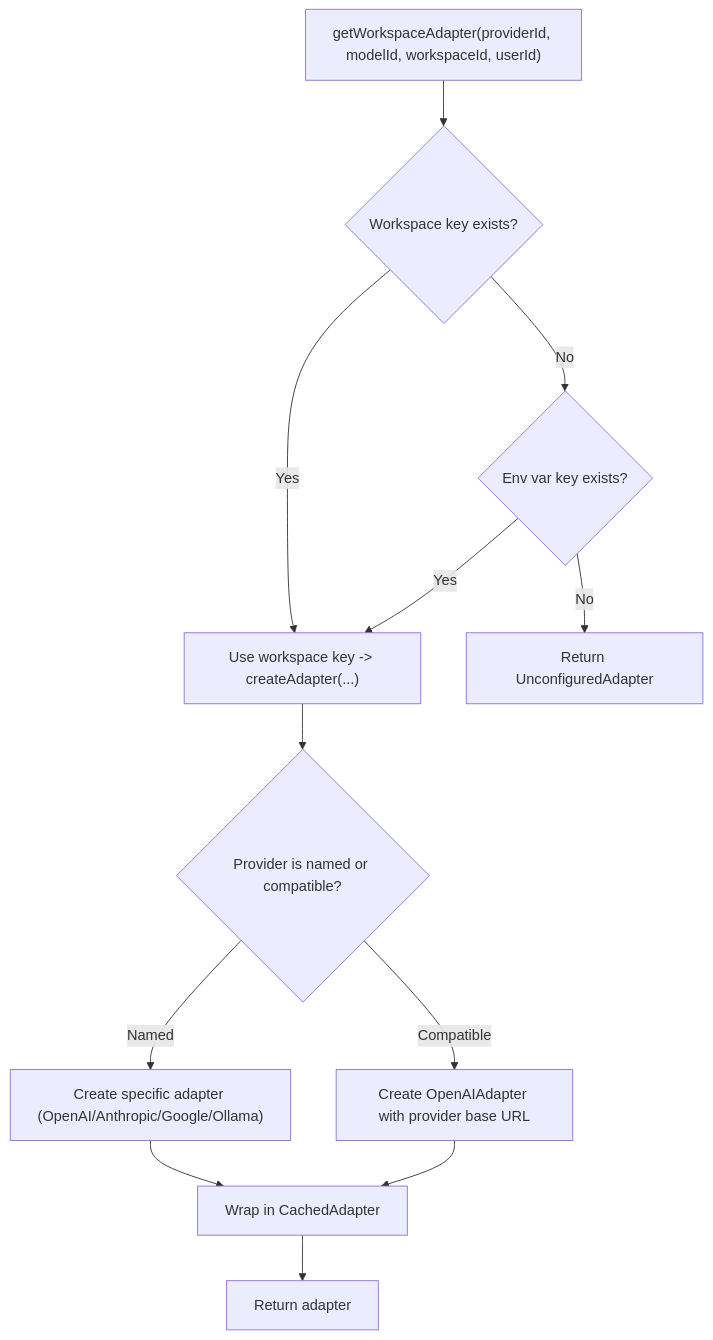
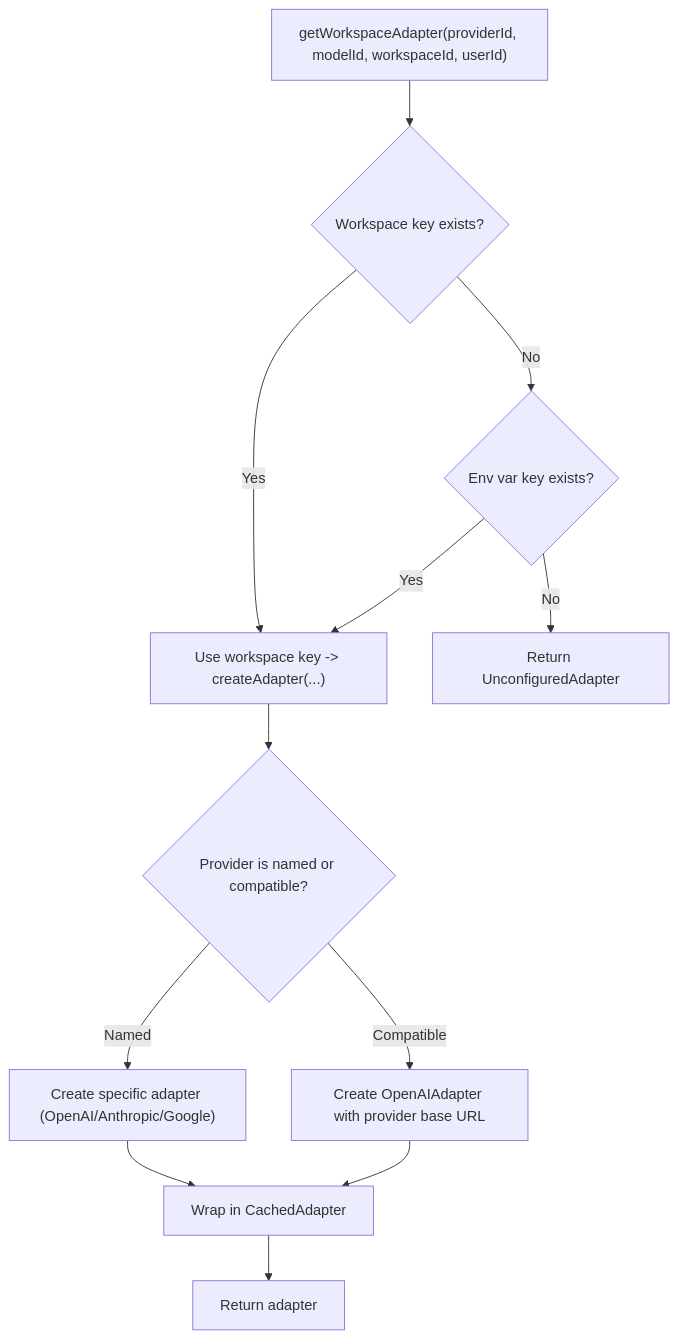
The seventh of 8 diagrams in .qoder/repowiki/en/content/AI Generation Engine/AI Provider Adapters/Provider-Specific Implementations.md (shekhargiri005-dotcom/AI-powered-accessibility-first-UI-engine), drawn with Mermaid before and after one commit. The commit also changed other lines of this file and 7 other files, not shown here.

````diff
--- a/.qoder/repowiki/en/content/AI Generation Engine/AI Provider Adapters/Provider-Specific Implementations.md
+++ b/.qoder/repowiki/en/content/AI Generation Engine/AI Provider Adapters/Provider-Specific Implementations.md
@@ -313,14 +307,14 @@
 ```mermaid
 flowchart TD
 A["getWorkspaceAdapter(providerId, modelId, workspaceId, userId)"] --> B{"Workspace key exists?"}
 B --> |Yes| C["Use workspace key -> createAdapter(...)"]
 B --> |No| D{"Env var key exists?"}
 D --> |Yes| C
 D --> |No| E["Return UnconfiguredAdapter"]
 C --> F{"Provider is named or compatible?"}
-F --> |Named| G["Create specific adapter (OpenAI/Anthropic/Google/Ollama)"]
+F --> |Named| G["Create specific adapter (OpenAI/Anthropic/Google)"]
 F --> |Compatible| H["Create OpenAIAdapter with provider base URL"]
 G --> I["Wrap in CachedAdapter"]
 H --> I
 I --> J["Return adapter"]
 ```
````
